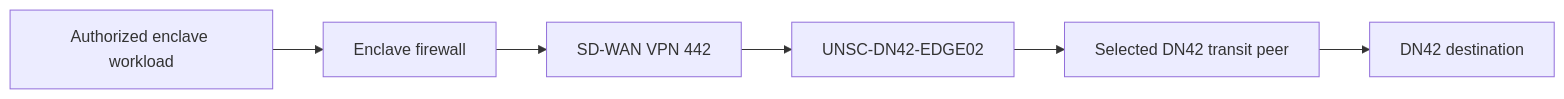
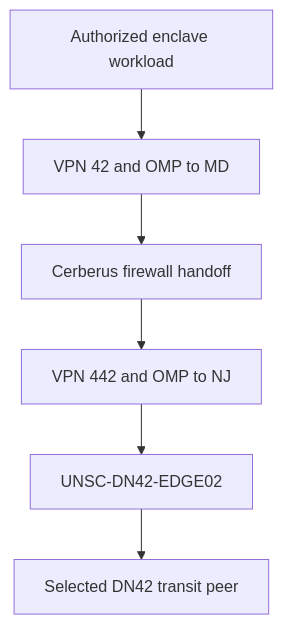
Before and after one commit to ksmoove21/unsc-dn42: the second of 3 diagrams in docs/data-flows.md, drawn with Mermaid. The commit also changed other lines of this file, not shown here.

Commit message:
Document MD firewall handoff and internal ASN scheme

````diff
--- a/docs/data-flows.md
+++ b/docs/data-flows.md
@@ -47,8 +46,8 @@
 ```mermaid
-flowchart LR
-  W["Authorized enclave workload"] --> F["Enclave firewall"]
-  F --> V["SD-WAN VPN 442"]
+flowchart TB
+  W["Authorized enclave workload"] --> A["VPN 42 and OMP to MD"]
+  A --> F["Cerberus firewall handoff"]
+  F --> V["VPN 442 and OMP to NJ"]
   V --> E["UNSC-DN42-EDGE02"]
-  E --> T["Selected DN42 transit peer"]
-  T --> D["DN42 destination"]
+  E --> D["Selected DN42 transit peer"]
 ```
````
